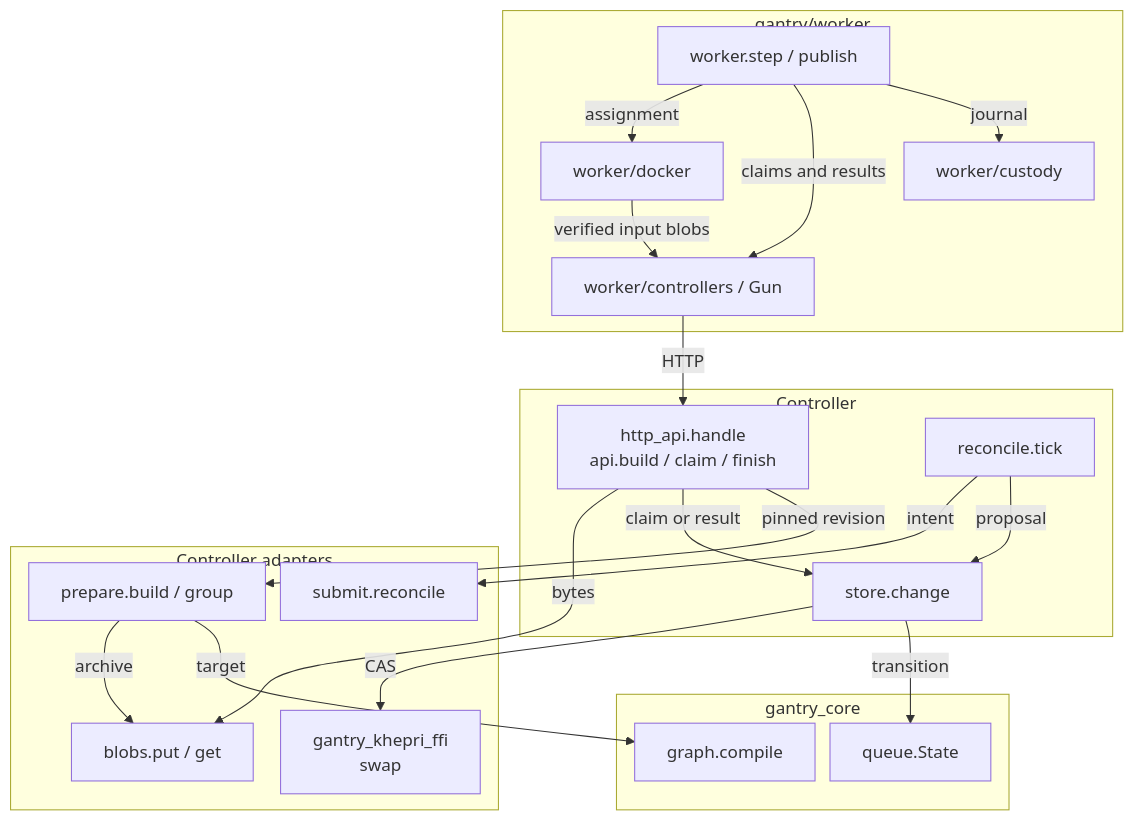
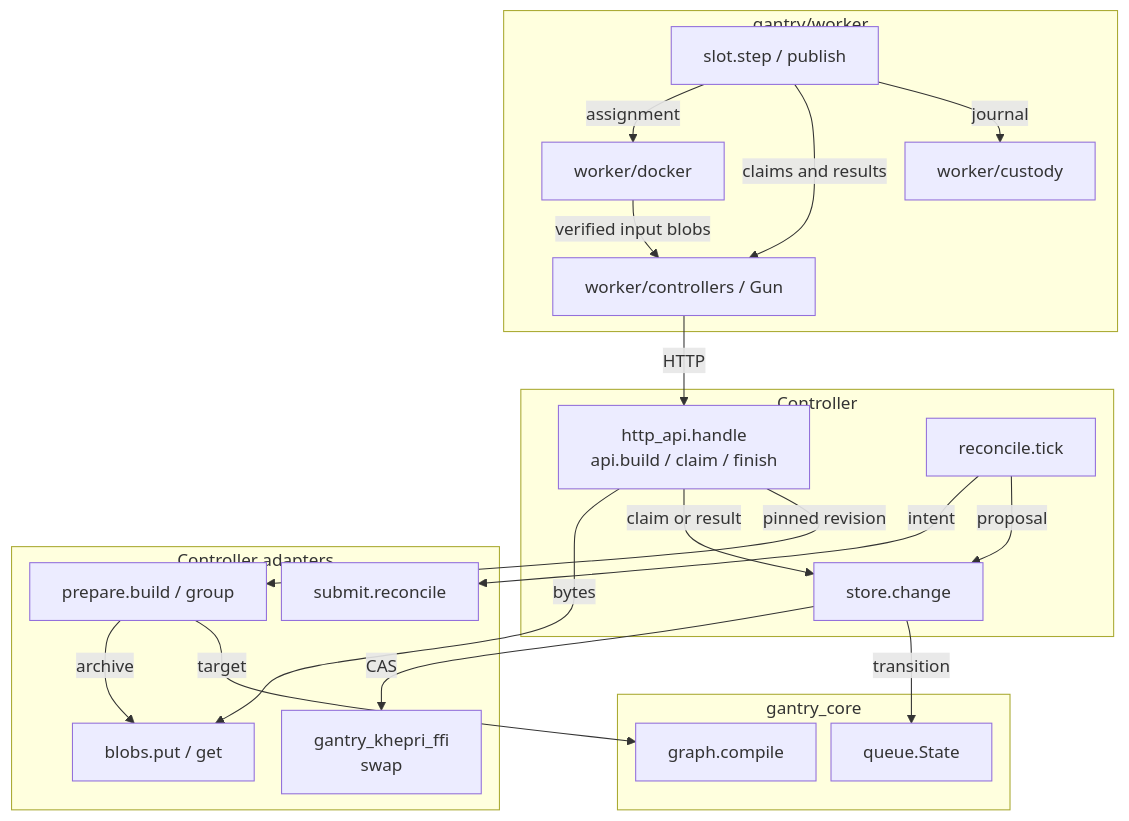
The first of 7 diagrams in docs/architecture/runtime.md (Roasbeef/gantry), drawn with Mermaid before and after one commit. The commit also changed other lines of this file and 1 other file, not shown here.

First line of the commit message:
worker: document sandbox limits, transport bounds and user-visible faults

````diff
--- a/docs/architecture/runtime.md
+++ b/docs/architecture/runtime.md
@@ -16,39 +16,39 @@
 ```mermaid
 %%{init: {"flowchart": {"nodeSpacing": 14, "rankSpacing": 30}} }%%
 flowchart TB
     subgraph controller["Controller"]
         API["http_api.handle<br/>api.build / claim / finish"]
         REC["reconcile.tick"]
         TX["store.change"]
     end
     subgraph core["gantry_core"]
         GRAPH["graph.compile"]
         QUEUE["queue.State"]
     end
     subgraph worker["gantry/worker"]
-        SLOT["worker.step / publish"]
+        SLOT["slot.step / publish"]
         CUSTODY["worker/custody"]
         EXEC["worker/docker"]
         NET["worker/controllers / Gun"]
     end
     subgraph adapters["Controller adapters"]
         PREP["prepare.build / group"]
         RA["gantry_khepri_ffi<br/>swap"]
         BLOB["blobs.put / get"]
         GIT["submit.reconcile"]
     end
     API -->|"pinned revision"| PREP
     PREP -->|"target"| GRAPH
     PREP -->|"archive"| BLOB
     API -->|"claim or result"| TX
     TX -->|"transition"| QUEUE
     TX -->|"CAS"| RA
     REC -->|"proposal"| TX
     REC -->|"intent"| GIT
     SLOT -->|"journal"| CUSTODY
     SLOT -->|"claims and results"| NET
     SLOT -->|"assignment"| EXEC
     EXEC -->|"verified input blobs"| NET
     NET -->|"HTTP"| API
     API -->|"bytes"| BLOB
 ```
````
